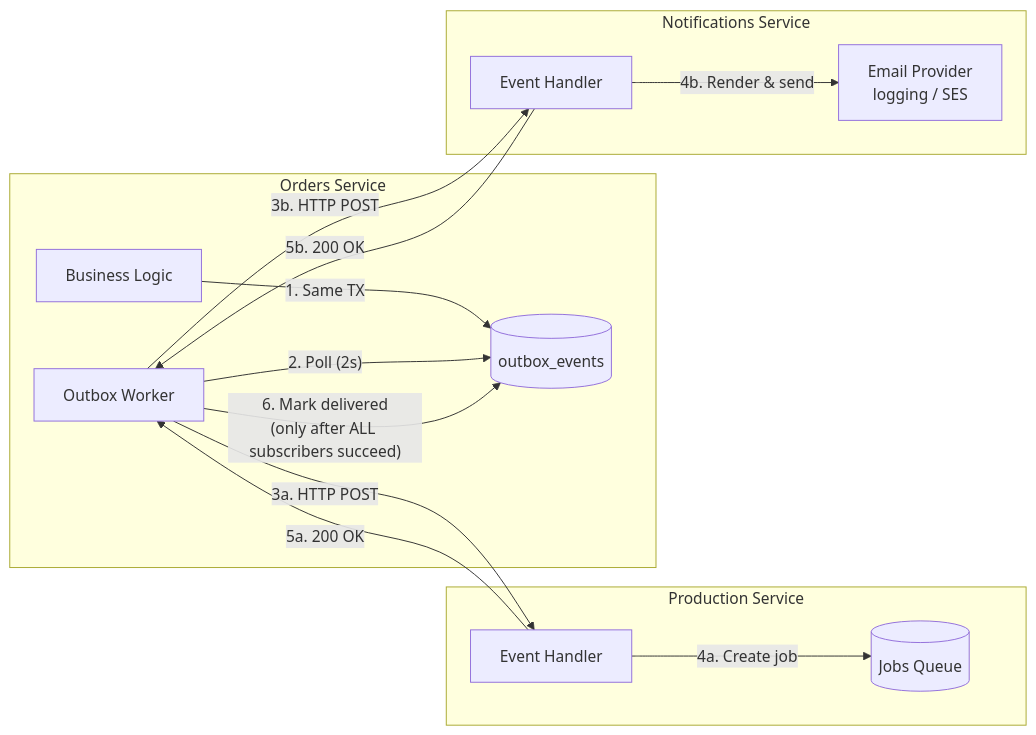
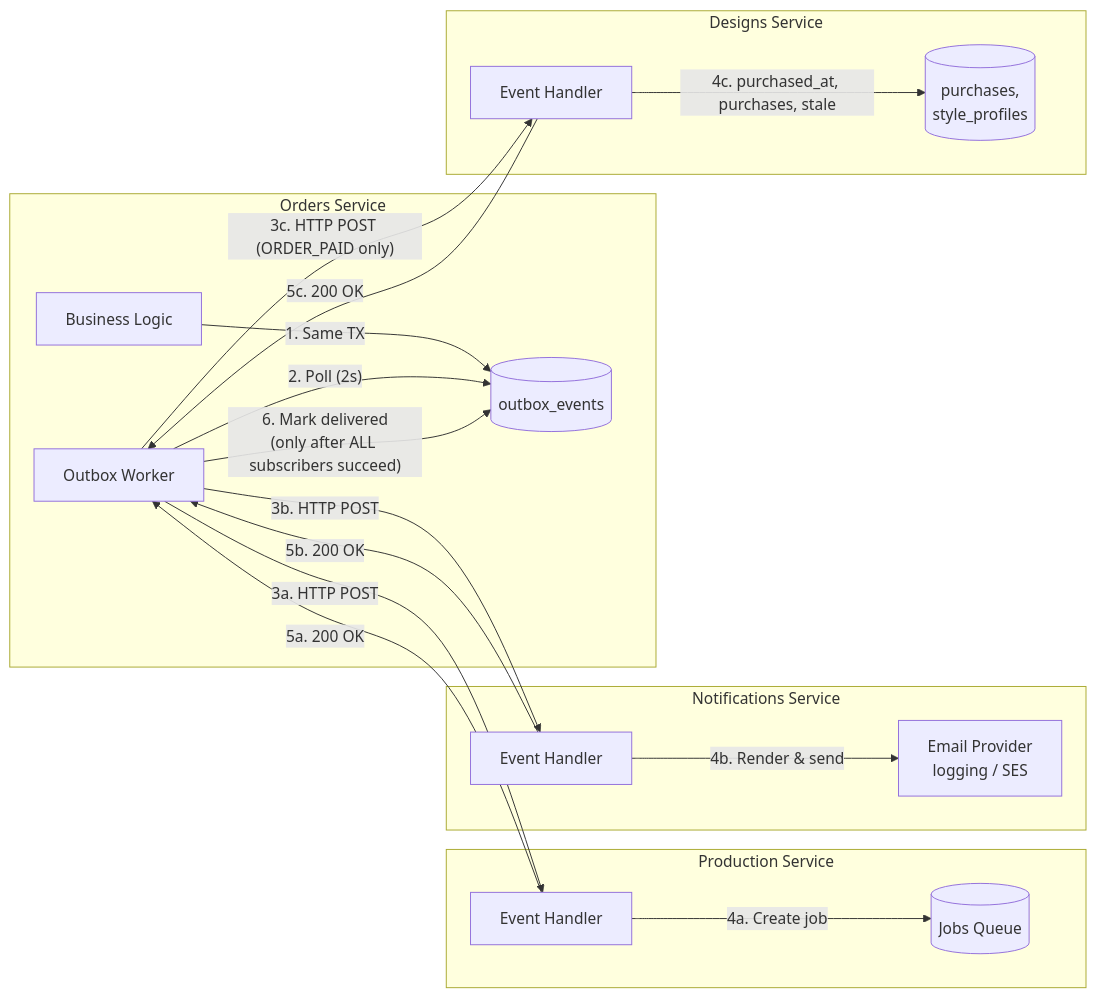
The seventh of 10 diagrams in docs/ARCHITECTURE.md (PolovinaD/posters-shop), drawn with Mermaid before and after one commit. The commit also changed other lines of this file and 9 other files, not shown here.

````diff
--- a/docs/ARCHITECTURE.md
+++ b/docs/ARCHITECTURE.md
@@ -268,28 +340,36 @@
 ```mermaid
 flowchart LR
     subgraph "Orders Service"
         BL[Business Logic]
         OT[(outbox_events)]
         OW[Outbox Worker]
     end
     
     subgraph "Production Service"
         EH[Event Handler]
         JQ[(Jobs Queue)]
     end
     
     subgraph "Notifications Service"
         NEH[Event Handler]
         EP[Email Provider<br/>logging / SES]
     end
     
+    subgraph "Designs Service"
+        DEH[Event Handler]
+        DP[(purchases,<br/>style_profiles)]
+    end
+    
     BL -->|"1. Same TX"| OT
     OW -->|"2. Poll (2s)"| OT
     OW -->|"3a. HTTP POST"| EH
     EH -->|"4a. Create job"| JQ
     EH -->|"5a. 200 OK"| OW
     OW -->|"3b. HTTP POST"| NEH
     NEH -->|"4b. Render & send"| EP
     NEH -->|"5b. 200 OK"| OW
+    OW -->|"3c. HTTP POST (ORDER_PAID only)"| DEH
+    DEH -->|"4c. purchased_at, purchases, stale"| DP
+    DEH -->|"5c. 200 OK"| OW
     OW -->|"6. Mark delivered<br/>(only after ALL subscribers succeed)"| OT
 ```
````
